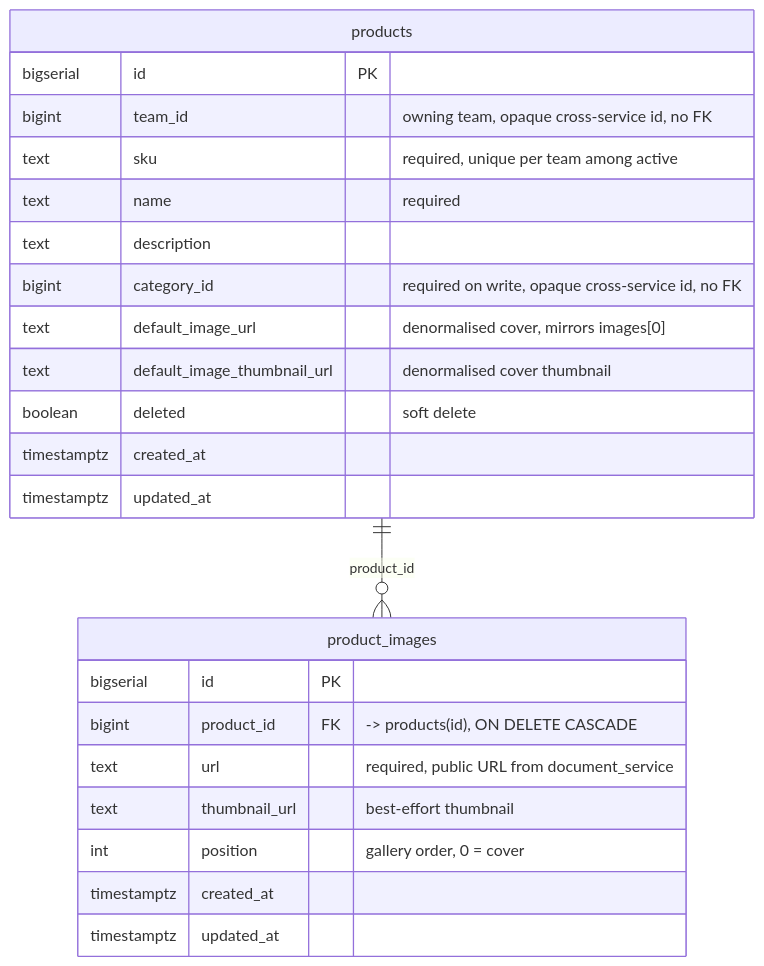
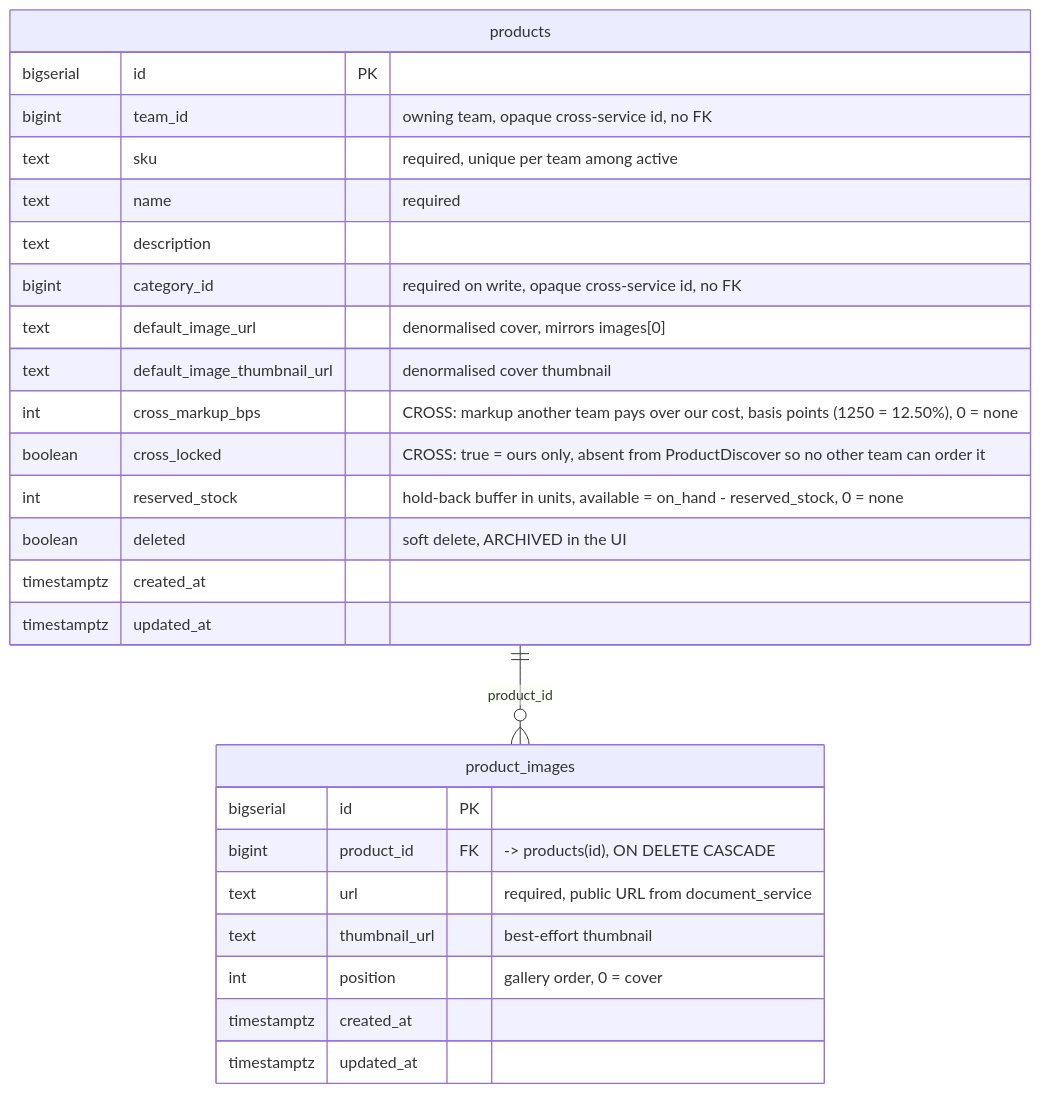
Before and after one commit to pdcgo/warehouse_revamp: the fourth of 13 diagrams in docs/database-schema.md, drawn with Mermaid. The commit also changed 82 other files, not shown here.

````diff
--- a/docs/database-schema.md
+++ b/docs/database-schema.md
@@ -151,28 +151,31 @@
 ```mermaid
 erDiagram
     products ||--o{ product_images : "product_id"
 
     products {
         bigserial   id                          PK
         bigint      team_id                     "owning team, opaque cross-service id, no FK"
         text        sku                         "required, unique per team among active"
         text        name                        "required"
         text        description
         bigint      category_id                 "required on write, opaque cross-service id, no FK"
         text        default_image_url           "denormalised cover, mirrors images[0]"
         text        default_image_thumbnail_url "denormalised cover thumbnail"
-        boolean     deleted                     "soft delete"
+        int         cross_markup_bps            "CROSS: markup another team pays over our cost, basis points (1250 = 12.50%), 0 = none"
+        boolean     cross_locked                "CROSS: true = ours only, absent from ProductDiscover so no other team can order it"
+        int         reserved_stock              "hold-back buffer in units, available = on_hand - reserved_stock, 0 = none"
+        boolean     deleted                     "soft delete, ARCHIVED in the UI"
         timestamptz created_at
         timestamptz updated_at
     }
 
     product_images {
         bigserial   id            PK
         bigint      product_id    FK "-> products(id), ON DELETE CASCADE"
         text        url           "required, public URL from document_service"
         text        thumbnail_url "best-effort thumbnail"
         int         position      "gallery order, 0 = cover"
         timestamptz created_at
         timestamptz updated_at
     }
 ```
````
